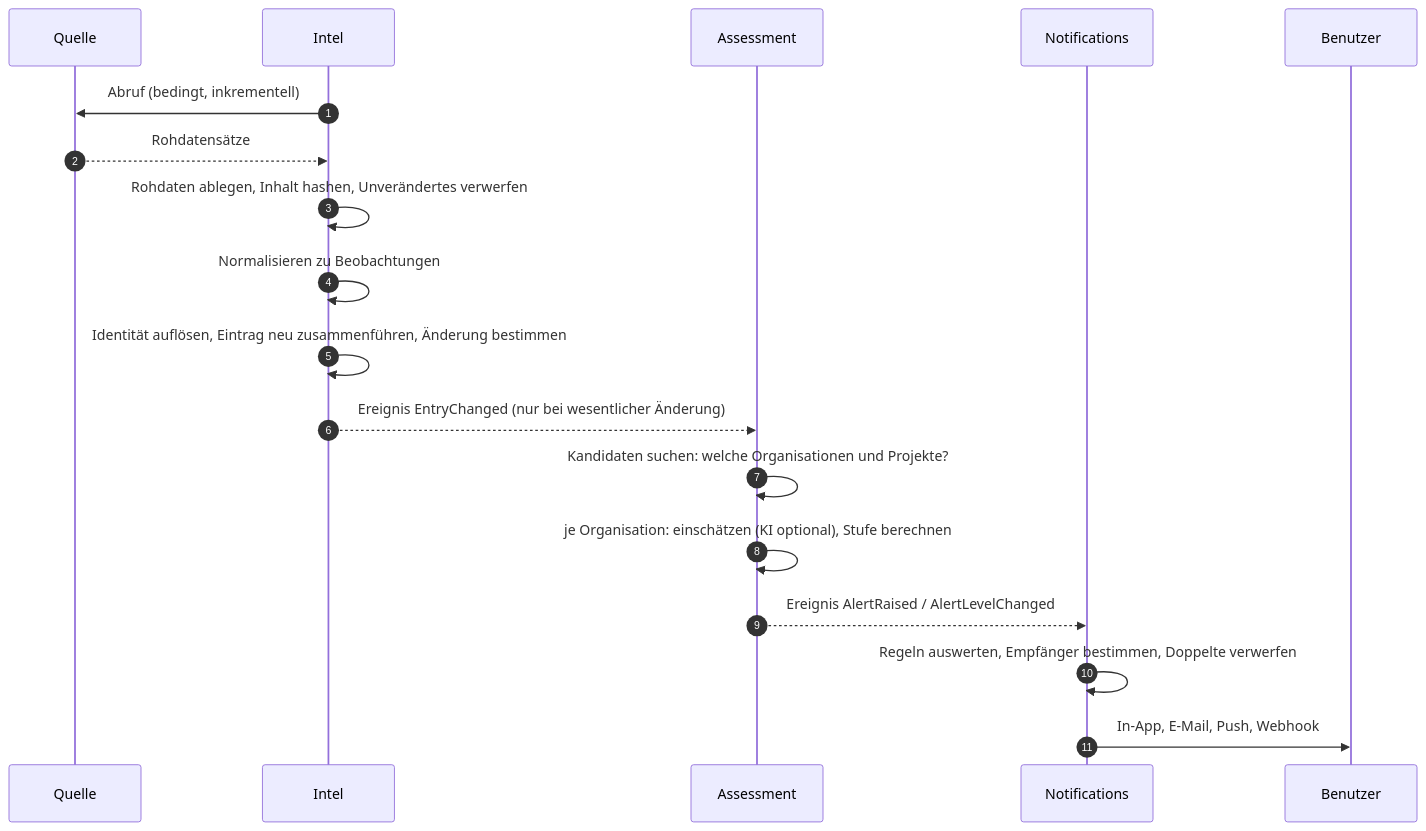
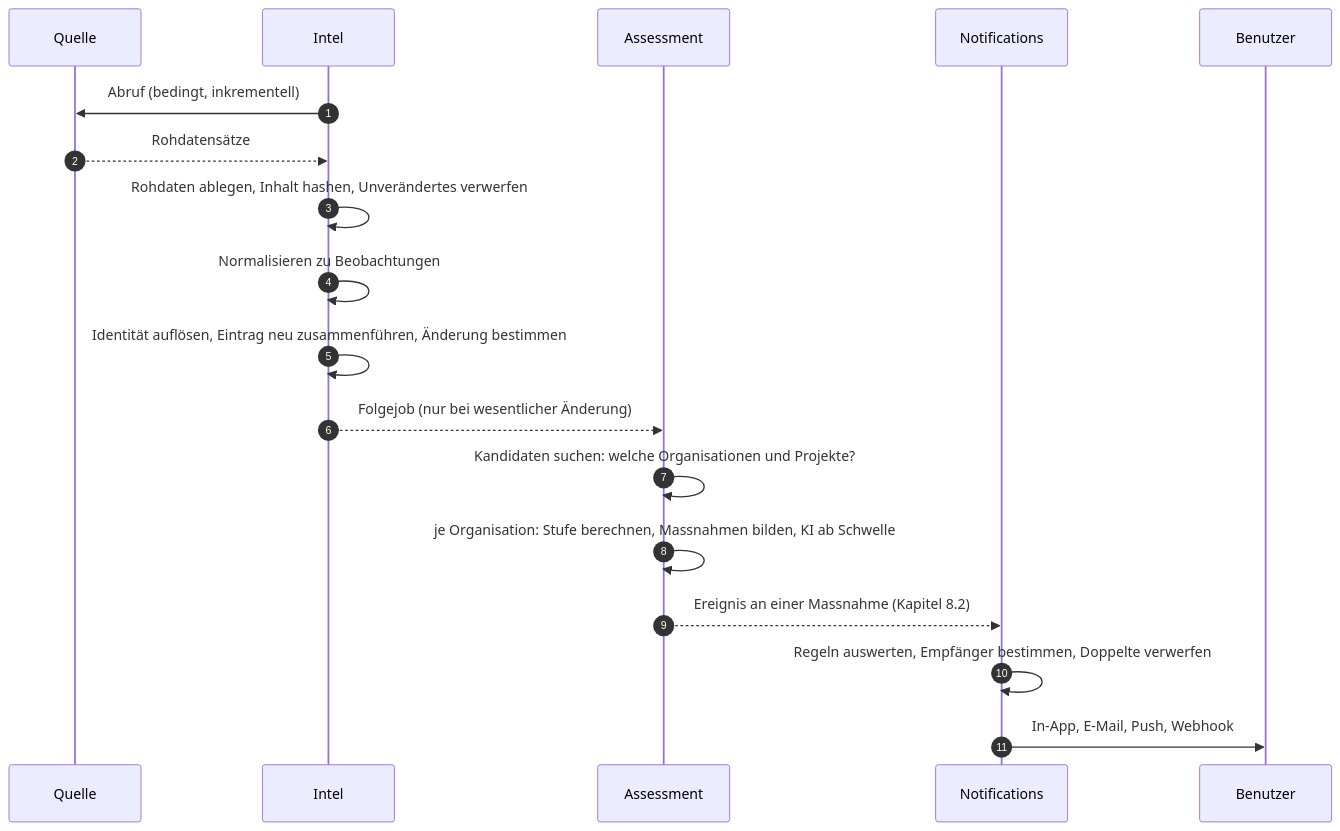
The third of 3 diagrams in docs/masterplan/03-architektur.md (NicoM77/Ardea), drawn with Mermaid before and after one commit. The commit also changed other lines of this file and 23 other files, not shown here.

````diff
--- a/docs/masterplan/03-architektur.md
+++ b/docs/masterplan/03-architektur.md
@@ -100,21 +103,21 @@
 ```mermaid
 sequenceDiagram
   autonumber
   participant S as Quelle
   participant I as Intel
   participant A as Assessment
   participant N as Notifications
   participant U as Benutzer
 
   I->>S: Abruf (bedingt, inkrementell)
   S-->>I: Rohdatensätze
   I->>I: Rohdaten ablegen, Inhalt hashen, Unverändertes verwerfen
   I->>I: Normalisieren zu Beobachtungen
   I->>I: Identität auflösen, Eintrag neu zusammenführen, Änderung bestimmen
-  I-->>A: Ereignis EntryChanged (nur bei wesentlicher Änderung)
+  I-->>A: Folgejob (nur bei wesentlicher Änderung)
   A->>A: Kandidaten suchen: welche Organisationen und Projekte?
-  A->>A: je Organisation: einschätzen (KI optional), Stufe berechnen
-  A-->>N: Ereignis AlertRaised / AlertLevelChanged
+  A->>A: je Organisation: Stufe berechnen, Massnahmen bilden, KI ab Schwelle
+  A-->>N: Ereignis an einer Massnahme (Kapitel 8.2)
   N->>N: Regeln auswerten, Empfänger bestimmen, Doppelte verwerfen
   N->>U: In-App, E-Mail, Push, Webhook
 ```
````
